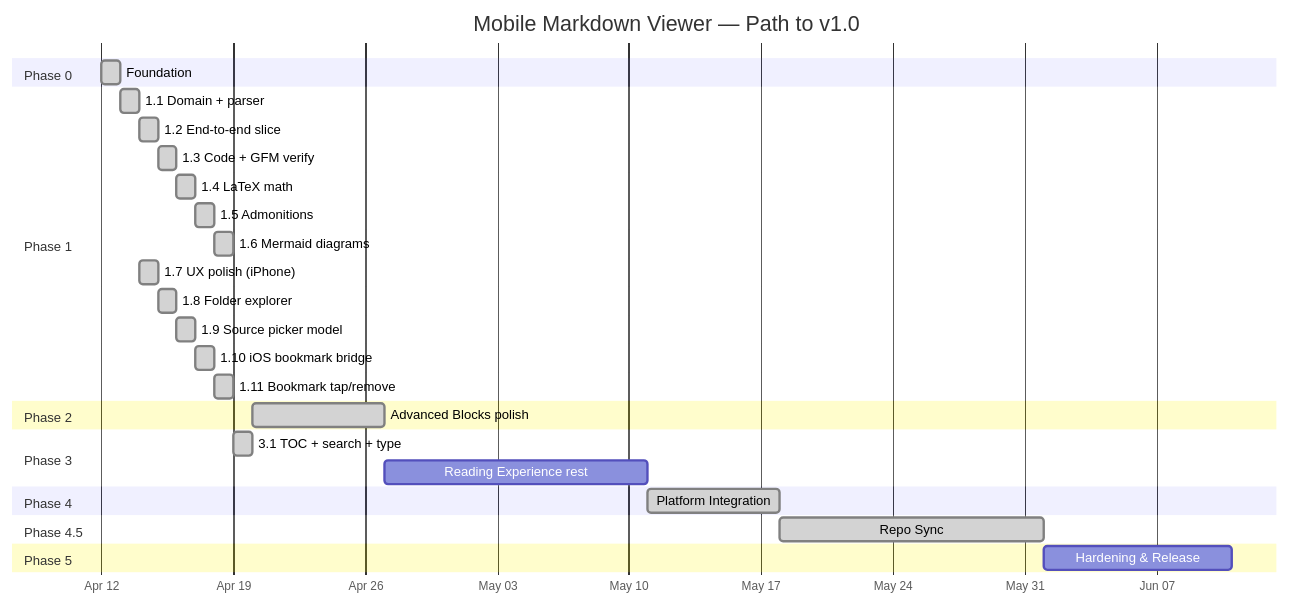
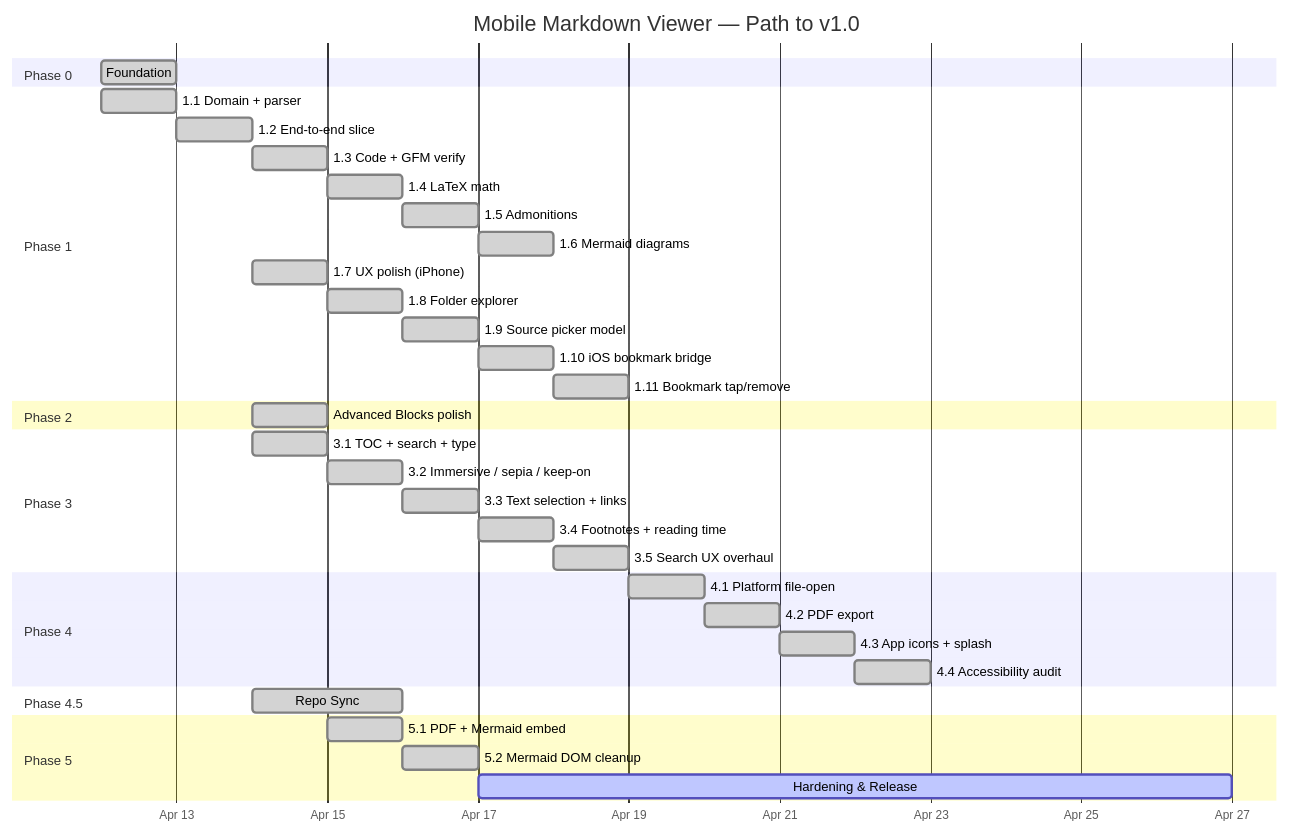
Before and after one commit to cemililik/markdown-viewer-mobile: the diagram in docs/roadmap.md, drawn with Mermaid. The commit also changed other lines of this file and 4 other files, not shown here.

````diff
--- a/docs/roadmap.md
+++ b/docs/roadmap.md
@@ -8,38 +8,46 @@
 ```mermaid
 gantt
     title Mobile Markdown Viewer — Path to v1.0
     dateFormat  YYYY-MM-DD
     axisFormat  %b %d
 
     section Phase 0
     Foundation               :done, p0, 2026-04-12, 1d
 
     section Phase 1
-    1.1 Domain + parser      :done, p11, 2026-04-13, 1d
+    1.1 Domain + parser      :done, p11, 2026-04-12, 1d
     1.2 End-to-end slice     :done, p12, after p11, 1d
     1.3 Code + GFM verify    :done, p13, after p12, 1d
     1.4 LaTeX math           :done, p14, after p13, 1d
     1.5 Admonitions          :done, p15, after p14, 1d
     1.6 Mermaid diagrams     :done, p16, after p15, 1d
     1.7 UX polish (iPhone)   :done, p17, 2026-04-14, 1d
     1.8 Folder explorer      :done, p18, after p17, 1d
     1.9 Source picker model  :done, p19, after p18, 1d
     1.10 iOS bookmark bridge :done, p110, after p19, 1d
     1.11 Bookmark tap/remove :done, p111, after p110, 1d
 
     section Phase 2
-    Advanced Blocks polish   :done, p2, after p31, 7d
+    Advanced Blocks polish   :done, p2, 2026-04-14, 1d
 
     section Phase 3
-    3.1 TOC + search + type  :done, p31, after p111, 1d
-    Reading Experience rest  :p3, after p2, 14d
+    3.1 TOC + search + type  :done, p31, 2026-04-14, 1d
+    3.2 Immersive / sepia / keep-on :done, p32, after p31, 1d
+    3.3 Text selection + links :done, p33, after p32, 1d
+    3.4 Footnotes + reading time :done, p34, after p33, 1d
+    3.5 Search UX overhaul   :done, p35, after p34, 1d
 
     section Phase 4
-    Platform Integration     :done, p4, after p3, 7d
+    4.1 Platform file-open   :done, p41, after p35, 1d
+    4.2 PDF export           :done, p42, after p41, 1d
+    4.3 App icons + splash   :done, p43, after p42, 1d
+    4.4 Accessibility audit  :done, p44, after p43, 1d
 
     section Phase 4.5
-    Repo Sync                :done, p45, after p4, 14d
+    Repo Sync                :done, p45, 2026-04-14, 2d
 
     section Phase 5
-    Hardening & Release      :p5, after p45, 10d
+    5.1 PDF + Mermaid embed  :done, p51, 2026-04-15, 1d
+    5.2 Mermaid DOM cleanup  :done, p52, after p51, 1d
+    Hardening & Release      :active, p5, after p52, 10d
 ```
````
